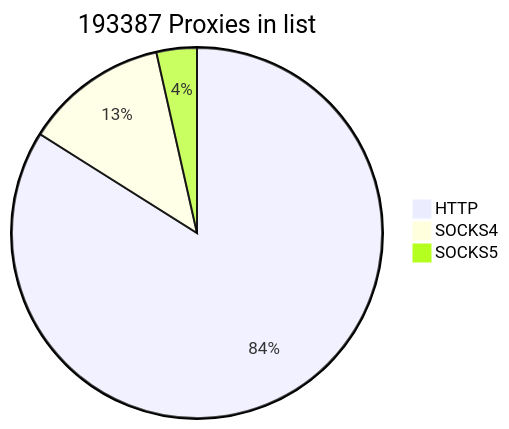
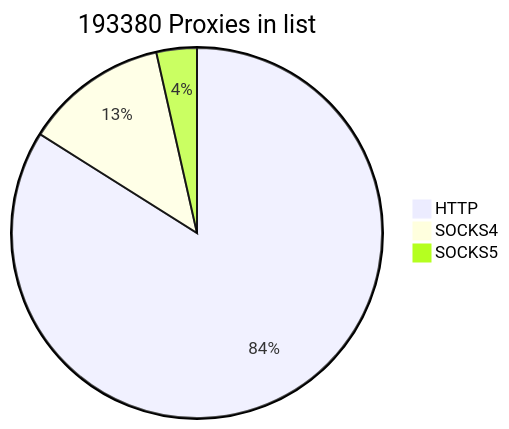
The first of 2 diagrams in README.md (cutipu/proxylist), drawn with Mermaid before and after one commit. The commit also changed other lines of this file, not shown here.

````diff
--- a/README.md
+++ b/README.md
@@ -2,7 +2,7 @@
 ```mermaid
-pie title 193387 Proxies in list
-    "HTTP" : 162339
-    "SOCKS4" : 24230
-    "SOCKS5" : 6818
+pie title 193380 Proxies in list
+    "HTTP" : 162325
+    "SOCKS4" : 24228
+    "SOCKS5" : 6827
             
 ```
````
